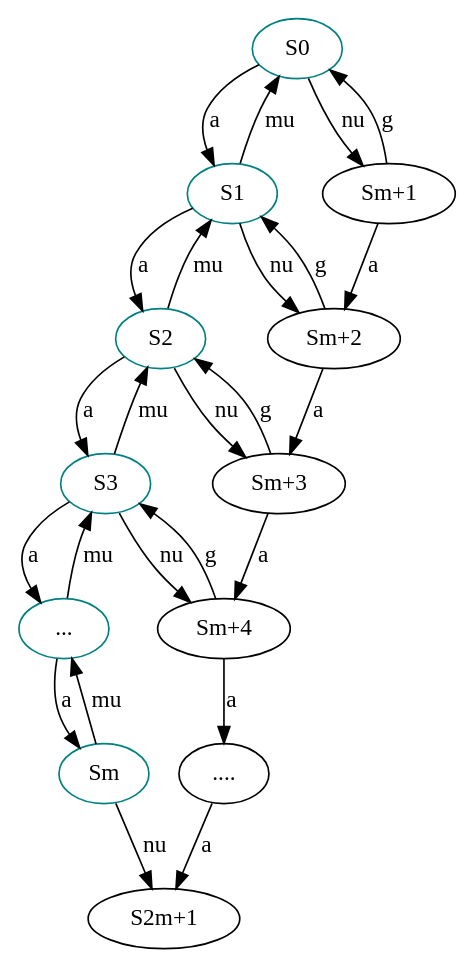
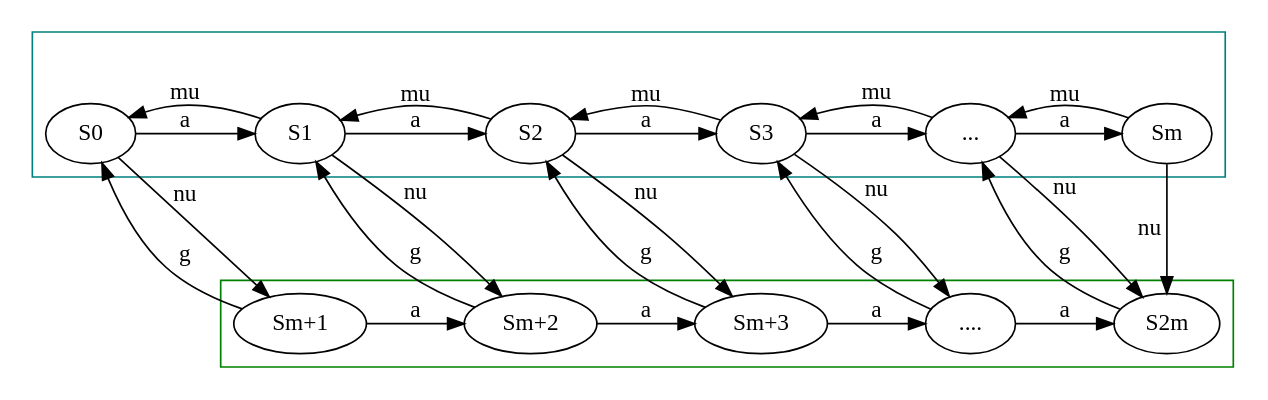
Before and after one commit to DeadlySquad13/t4-2-PerformanceAnalysis__Labs: the diagram in Lab5/StateGraph.dot, drawn with Graphviz. The commit also changed 2 other files, not shown here.

```diff
--- a/Lab5/StateGraph.dot
+++ b/Lab5/StateGraph.dot
@@ -1,37 +1,42 @@
 digraph G {
-    S0, S1 [color=teal]
+    rankdir="LR"
     S0 -> S1 [label=a]
     S1 -> S0 [label=mu]
     S0 -> "Sm+1" [label=nu]
     "Sm+1" -> S0 [label=g]
     "Sm+1" -> "Sm+2" [label=a]
 
-    S2 [color=teal]
     S1 -> S2 [label=a]
     S2 -> S1 [label=mu]
     S1 -> "Sm+2" [label=nu]
     "Sm+2" -> S1 [label=g]
     "Sm+2" -> "Sm+3" [label=a]
 
-    S3 [color=teal]
     S2 -> S3 [label=a]
     S3 -> S2 [label=mu]
     S2 -> "Sm+3" [label=nu]
     "Sm+3" -> S2 [label=g]
-    "Sm+3" -> "Sm+4" [label=a]
+    "Sm+3" -> "...." [label=a]
 
-    "..." [color=teal]
     S3 -> "..." [label=a shape=plaintext]
     "..." -> S3 [label=mu shape=plaintext]
-    S3 -> "Sm+4" [label=nu]
-    "Sm+4" -> S3 [label=g]
+    S3 -> "...." [label=nu]
+    "...." -> S3 [label=g]
 
-    Sm [color=teal]
     "..." -> Sm [label=a]
     Sm -> "..." [label=mu]
+    "..." -> "S2m" [label=nu]
+    "S2m" -> "..." [label=g]
 
-    "Sm+4" -> "...." [label=a]
+    "...." -> "S2m" [label=a]
 
-    Sm -> "S2m+1" [label=nu]
-    "...." -> "S2m+1" [label=a]
+    Sm -> "S2m" [label=nu]
+    subgraph cluster_A {
+        color=teal
+        S0, S1, S2, S3, "...", "Sm"
+    }
+    subgraph cluster_B {
+        color=green
+        "Sm+1", "Sm+2", "Sm+3", "....", "S2m"
+    }
 }
```
